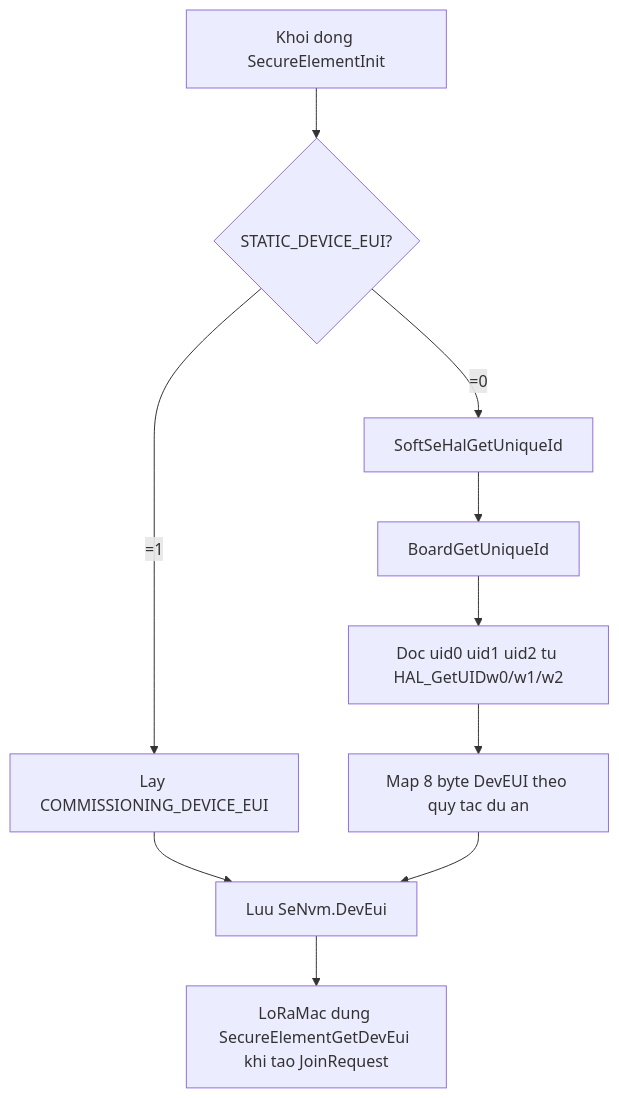
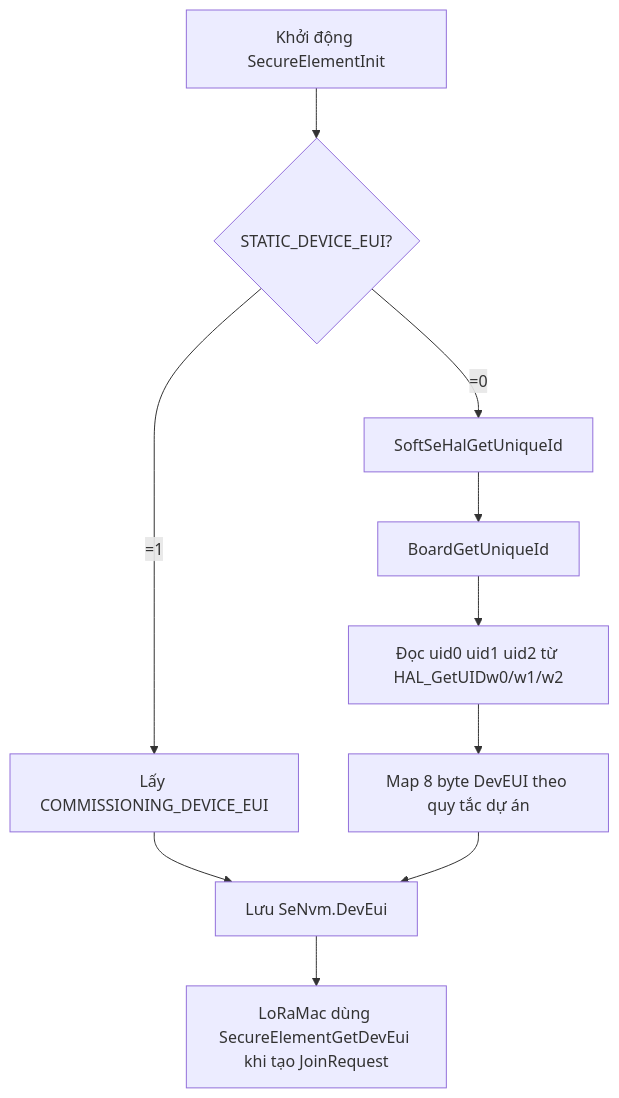
One commit to vuongpq/lorawan-node-f401 changed the first of 8 diagrams in docs/bao-cao-thuyet-minh-lorawan-node.md. Above: the diagram before and after it, drawn with Mermaid. The commit also changed other lines of this file, not shown here.

````diff
--- a/docs/bao-cao-thuyet-minh-lorawan-node.md
+++ b/docs/bao-cao-thuyet-minh-lorawan-node.md
@@ -70,12 +70,12 @@
 ```mermaid
 flowchart TD
-    A[Khoi dong SecureElementInit] --> B{STATIC_DEVICE_EUI?}
-    B -- =1 --> C[Lay COMMISSIONING_DEVICE_EUI]
+    A[Khởi động SecureElementInit] --> B{STATIC_DEVICE_EUI?}
+    B -- =1 --> C[Lấy COMMISSIONING_DEVICE_EUI]
     B -- =0 --> D[SoftSeHalGetUniqueId]
     D --> E[BoardGetUniqueId]
-    E --> F[Doc uid0 uid1 uid2 tu HAL_GetUIDw0/w1/w2]
-    F --> G[Map 8 byte DevEUI theo quy tac du an]
-    C --> H[Luu SeNvm.DevEui]
+    E --> F[Đọc uid0 uid1 uid2 từ HAL_GetUIDw0/w1/w2]
+    F --> G[Map 8 byte DevEUI theo quy tắc dự án]
+    C --> H[Lưu SeNvm.DevEui]
     G --> H
-    H --> I[LoRaMac dung SecureElementGetDevEui khi tao JoinRequest]
+    H --> I[LoRaMac dùng SecureElementGetDevEui khi tạo JoinRequest]
 ```
````
